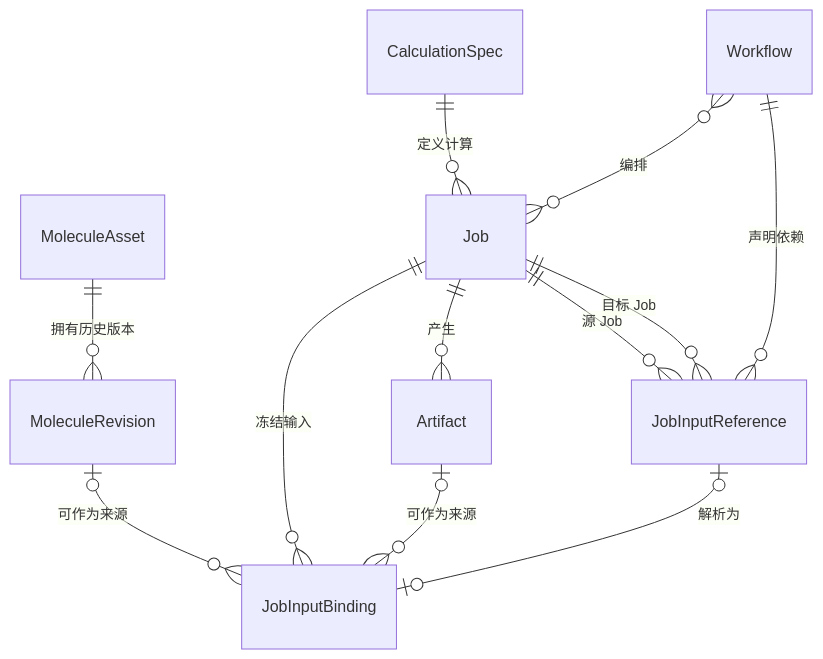
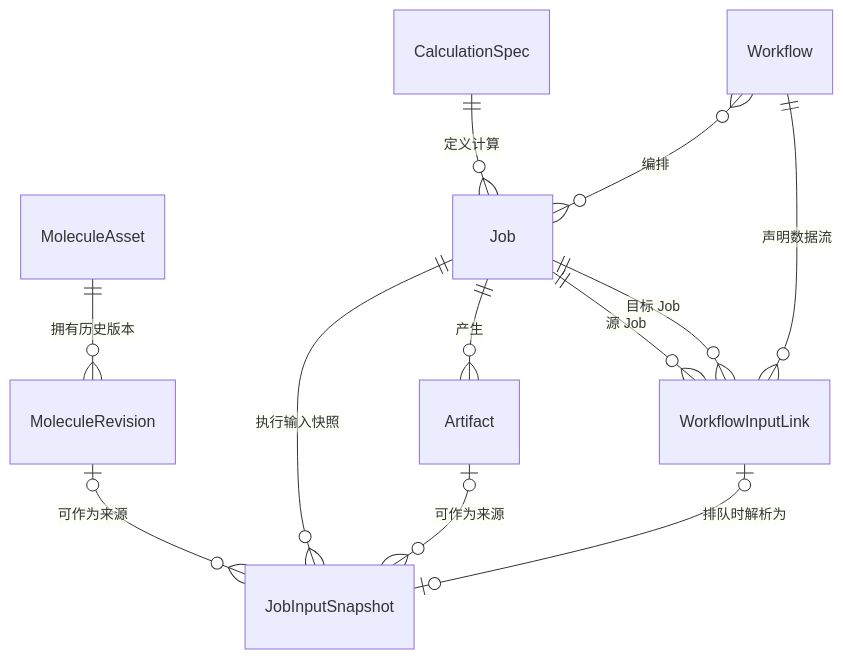
One commit to wxyhgk/retain-mol changed the first of 2 diagrams in docs/architecture/data-model/README.md. Above: the diagram before and after it, drawn with Mermaid. The commit also changed other lines of this file and 250 other files, not shown here.

````diff
--- a/docs/architecture/data-model/README.md
+++ b/docs/architecture/data-model/README.md
@@ -26,14 +27,14 @@
 ```mermaid
 erDiagram
     MoleculeAsset ||--o{ MoleculeRevision : "拥有历史版本"
     CalculationSpec ||--o{ Job : "定义计算"
-    Job ||--o{ JobInputBinding : "冻结输入"
-    MoleculeRevision o|--o{ JobInputBinding : "可作为来源"
-    Artifact o|--o{ JobInputBinding : "可作为来源"
+    Job ||--o{ JobInputSnapshot : "执行输入快照"
+    MoleculeRevision o|--o{ JobInputSnapshot : "可作为来源"
+    Artifact o|--o{ JobInputSnapshot : "可作为来源"
     Job ||--o{ Artifact : "产生"
     Workflow }o--o{ Job : "编排"
-    Workflow ||--o{ JobInputReference : "声明依赖"
-    Job ||--o{ JobInputReference : "源 Job"
-    Job ||--o{ JobInputReference : "目标 Job"
-    JobInputReference o|--o| JobInputBinding : "解析为"
+    Workflow ||--o{ WorkflowInputLink : "声明数据流"
+    Job ||--o{ WorkflowInputLink : "源 Job"
+    Job ||--o{ WorkflowInputLink : "目标 Job"
+    WorkflowInputLink o|--o| JobInputSnapshot : "排队时解析为"
 ```
````
